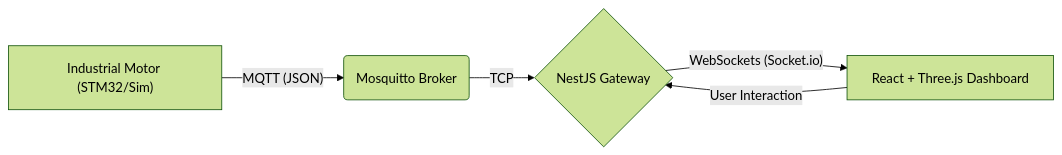
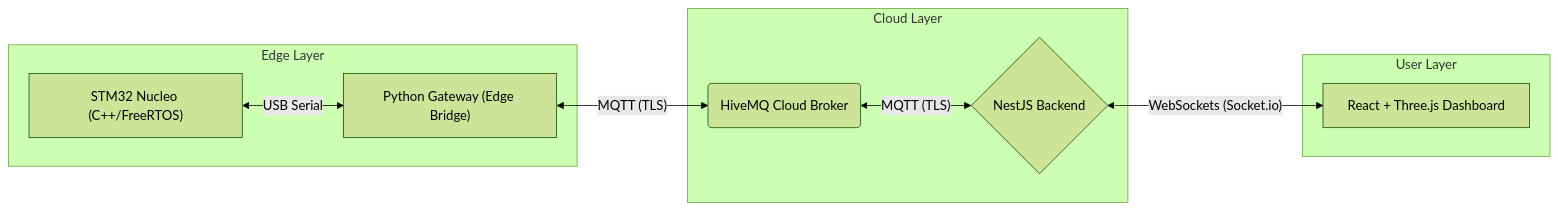
One commit to AyyanYe/industrial-digital-twin changed the diagram in README.md. Above: the diagram before and after it, drawn with Mermaid (forest theme). The commit also changed other lines of this file, not shown here.

`````diff
--- a/README.md
+++ b/README.md
@@ -17,7 +11,15 @@
 ```mermaid
 graph LR
-    A["Industrial Motor (STM32/Sim)"] -- "MQTT (JSON)" --> B("Mosquitto Broker")
-    B -- "TCP" --> C{"NestJS Gateway"}
-    C -- "WebSockets (Socket.io)" --> D["React + Three.js Dashboard"]
-    D -- "User Interaction" --> C
-````
+    subgraph Edge Layer
+    A["STM32 Nucleo (C++/FreeRTOS)"] <-->|USB Serial| B["Python Gateway (Edge Bridge)"]
+    end
+
+    subgraph Cloud Layer
+    B <-->|"MQTT (TLS)"| C("HiveMQ Cloud Broker")
+    C <-->|"MQTT (TLS)"| D{"NestJS Backend"}
+    end
+
+    subgraph User Layer
+    D <-->|"WebSockets (Socket.io)"| E["React + Three.js Dashboard"]
+    end
+```
`````
